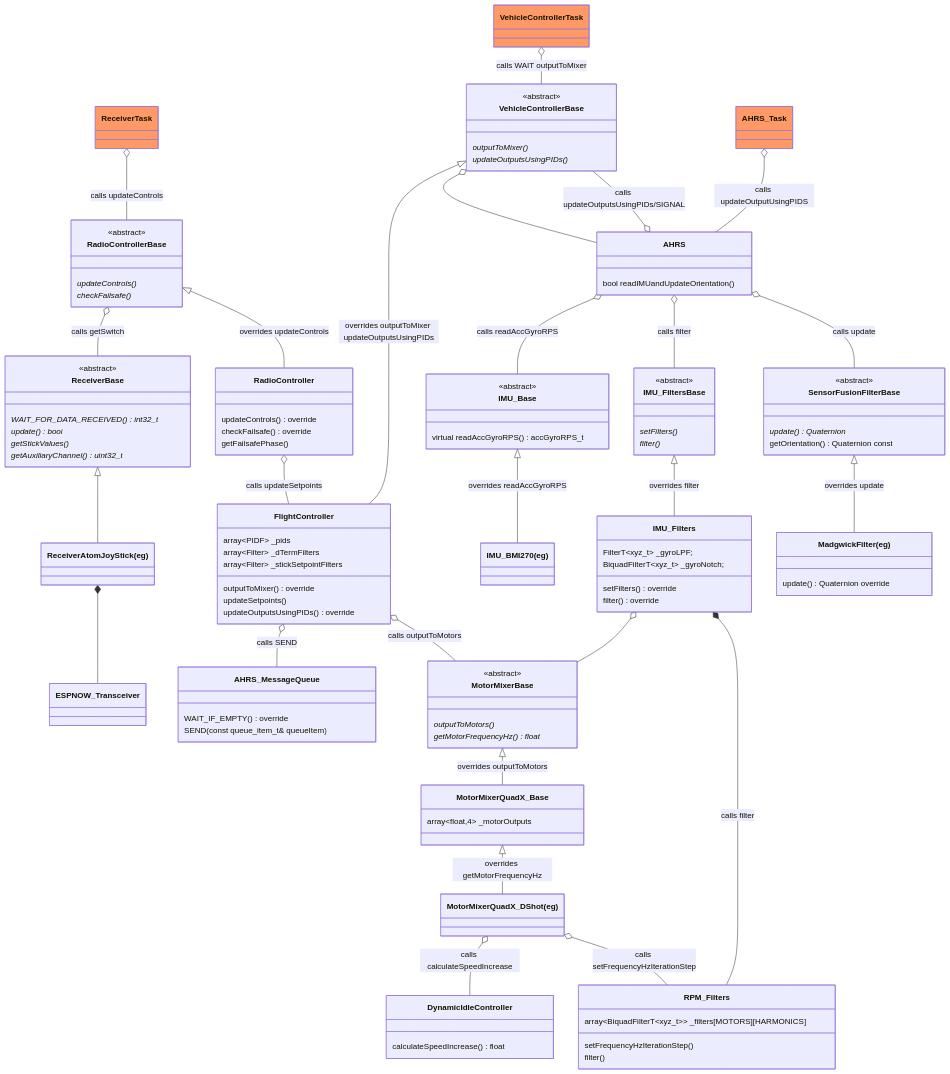
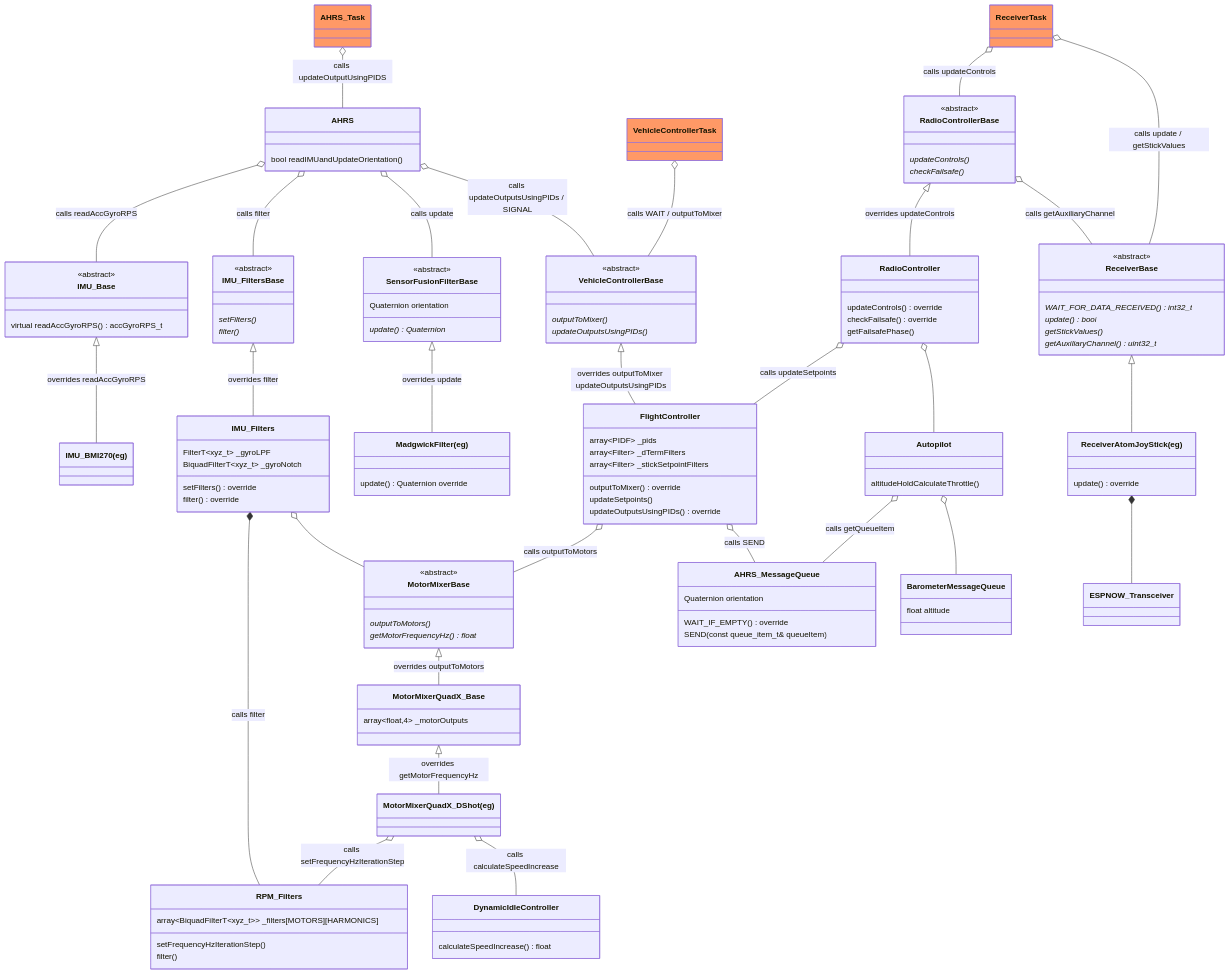
Before and after one commit to martinbudden/Protoflight: the first of 5 diagrams in README.md, drawn with Mermaid.

Commit message:
Updated class diagram in readme.

````diff
--- a/README.md
+++ b/README.md
@@ -244,11 +244,25 @@
 ```mermaid
 classDiagram
+    class AHRS {
+        bool readIMUandUpdateOrientation()
+    }
+    link AHRS "https://github.com/martinbudden/Library-StabilizedVehicle/blob/main/src/AHRS.h"
+    AHRS o-- IMU_Base : calls readAccGyroRPS
+    AHRS o-- IMU_FiltersBase : calls filter
+    AHRS o-- SensorFusionFilterBase : calls update
+    class AHRS_Task:::taskClass {
+    }
+    link AHRS_Task "https://github.com/martinbudden/Library-StabilizedVehicle/blob/main/src/AHRS_Task.h"
+    AHRS_Task o-- AHRS : calls updateOutputUsingPIDS
+
+    VehicleControllerBase <|-- FlightController : overrides outputToMixer updateOutputsUsingPIDs
+    AHRS o-- VehicleControllerBase : calls updateOutputsUsingPIDs / SIGNAL
     class ReceiverTask:::taskClass {
     }
     class SensorFusionFilterBase {
+        Quaternion orientation
         <<abstract>>
         update() Quaternion *
-        getOrientation() Quaternion const
     }
     link SensorFusionFilterBase "https://github.com/martinbudden/Library-SensorFusion/blob/main/src/SensorFusion.h"
 
@@ -283,9 +297,10 @@
     class VehicleControllerTask:::taskClass {
     }
     link VehicleControllerTask "https://github.com/martinbudden/Library-StabilizedVehicle/blob/main/src/VehicleControllerTask.h"
-    VehicleControllerTask o-- VehicleControllerBase : calls WAIT outputToMixer
+    VehicleControllerTask o-- VehicleControllerBase : calls WAIT / outputToMixer
 
     class AHRS_MessageQueue {
+        Quaternion orientation
         WAIT_IF_EMPTY() override
         SEND(const queue_item_t& queueItem)
     }
@@ -301,25 +316,8 @@
     }
     link FlightController "https://github.com/martinbudden/protoflight/blob/main/lib/FlightController/src/FlightController.h"
     RadioController o-- FlightController : calls updateSetpoints
+    FlightController o-- MotorMixerBase : calls outputToMotors
     FlightController o-- AHRS_MessageQueue : calls SEND
-    FlightController o-- MotorMixerBase : calls outputToMotors
-
-    class AHRS {
-        bool readIMUandUpdateOrientation()
-    }
-    link AHRS "https://github.com/martinbudden/Library-StabilizedVehicle/blob/main/src/AHRS.h"
-    AHRS o-- IMU_Base : calls readAccGyroRPS
-    AHRS o-- IMU_FiltersBase : calls filter
-    AHRS o-- SensorFusionFilterBase : calls update
-    class AHRS_Task:::taskClass {
-    }
-    link AHRS_Task "https://github.com/martinbudden/Library-StabilizedVehicle/blob/main/src/AHRS_Task.h"
-    AHRS_Task o-- AHRS : calls updateOutputUsingPIDS
-
-    VehicleControllerBase <|-- FlightController : overrides outputToMixer updateOutputsUsingPIDs
-    AHRS o-- VehicleControllerBase : calls updateOutputsUsingPIDs/SIGNAL
-    VehicleControllerBase o-- AHRS
-    %%AHRS --o VehicleControllerBase : historical
 
     class ReceiverBase {
         <<abstract>>
@@ -338,17 +336,28 @@
     link RadioControllerBase "https://github.com/martinbudden/Library-Receiver/blob/main/src/RadioControllerBase.h"
 
     ReceiverTask o-- RadioControllerBase : calls updateControls
+    ReceiverTask o-- ReceiverBase : calls update / getStickValues
     link ReceiverTask "https://github.com/martinbudden/Library-Receiver/blob/main/src/ReceiverTask.h"
     %%RadioControllerBase --o ReceiverTask : calls updateControls
 
-    RadioControllerBase o--ReceiverBase : calls getSwitch
     RadioControllerBase <|-- RadioController : overrides updateControls
+    RadioControllerBase o--ReceiverBase : calls getAuxiliaryChannel
     class RadioController {
         updateControls() override
         checkFailsafe() override
         getFailsafePhase()
     }
     link RadioController "https://github.com/martinbudden/protoflight/blob/main/lib/FlightController/src/RadioController.h"
+    RadioController o-- Autopilot
+    class Autopilot {
+        altitudeHoldCalculateThrottle()
+    }
+    link FlightController "https://github.com/martinbudden/protoflight/blob/main/lib/FlightController/src/Autopilot.h"
+    Autopilot o-- AHRS_MessageQueue : calls getQueueItem
+    class BarometerMessageQueue {
+        float altitude
+    }
+    Autopilot o -- BarometerMessageQueue
 
     class RPM_Filters {
         array~BiquadFilterT~xyz_t~~ _filters[MOTORS][HARMONICS]
@@ -359,14 +368,14 @@
 
     IMU_FiltersBase <|-- IMU_Filters : overrides filter
     class IMU_Filters {
-        FilterT~xyz_t~  _gyroLPF;
-        BiquadFilterT~xyz_t~ _gyroNotch;
+        FilterT~xyz_t~  _gyroLPF
+        BiquadFilterT~xyz_t~ _gyroNotch
         setFilters() override
         filter() override
     }
     link IMU_Filters "https://github.com/martinbudden/protoflight/blob/main/lib/FlightController/src/IMU_Filters.h"
+    IMU_Filters *-- RPM_Filters : calls filter
     IMU_Filters o-- MotorMixerBase
-    IMU_Filters *-- RPM_Filters : calls filter
 
     MotorMixerQuadX_Base <|-- MotorMixerQuadX_DShot : overrides getMotorFrequencyHz
     class MotorMixerQuadX_Base {
@@ -380,8 +389,8 @@
     link DynamicIdleController "https://github.com/martinbudden/protoflight/blob/main/lib/MotorMixers/src/DynamicIdleController.h"
     class MotorMixerQuadX_DShot["MotorMixerQuadX_DShot(eg)"]
     link MotorMixerQuadX_DShot "https://github.com/martinbudden/protoflight/blob/main/lib/MotorMixers/src/MotorMixerQuadX_DShot.h"
+    MotorMixerQuadX_DShot o-- RPM_Filters : calls setFrequencyHzIterationStep
     MotorMixerQuadX_DShot o-- DynamicIdleController : calls calculateSpeedIncrease
-    MotorMixerQuadX_DShot o-- RPM_Filters : calls setFrequencyHzIterationStep
 
     IMU_Base <|-- IMU_BMI270 : overrides readAccGyroRPS
     class IMU_BMI270["IMU_BMI270(eg)"]
@@ -393,6 +402,9 @@
     }
     link MadgwickFilter "https://github.com/martinbudden/Library-SensorFusion/blob/main/src/SensorFusion.h"
 
+    class ReceiverAtomJoyStick {
+        update() override
+    }
     ReceiverBase <|-- ReceiverAtomJoyStick
     class ReceiverAtomJoyStick["ReceiverAtomJoyStick(eg)"]
     link ReceiverAtomJoyStick "https://github.com/martinbudden/Library-Receiver/blob/main/src/ReceiverAtomJoyStick.h"
````
